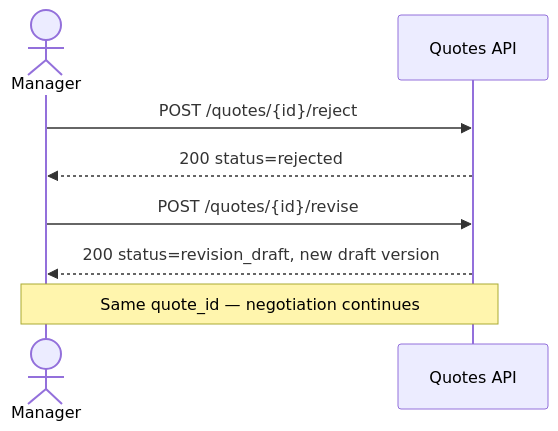
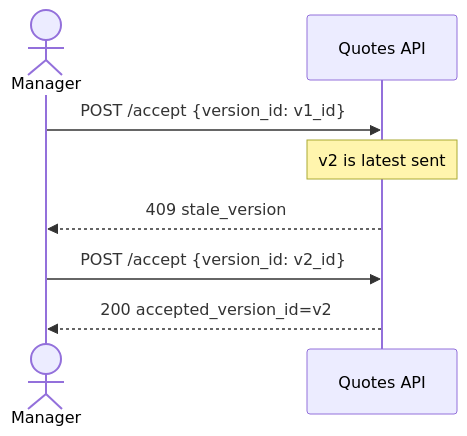
Before and after one commit to igortatarynovich/HostFlow: the second of 2 diagrams in docs/specs/workflows/stage-1b-quote-lifecycle-sequences.md, drawn with Mermaid. The commit also changed other lines of this file and 4 other files, not shown here.

First line of the commit message:
docs(stage-1b): revision 3 — latest-sent accept, version valid_until, timestamps.

````diff
--- a/docs/specs/workflows/stage-1b-quote-lifecycle-sequences.md
+++ b/docs/specs/workflows/stage-1b-quote-lifecycle-sequences.md
@@ -93,11 +26,12 @@
 ```mermaid
 sequenceDiagram
     actor M as Manager
     participant API as Quotes API
 
-    M->>API: POST /quotes/{id}/reject
-    API-->>M: 200 status=rejected
-    M->>API: POST /quotes/{id}/revise
-    API-->>M: 200 status=revision_draft, new draft version
-    Note over M,API: Same quote_id — negotiation continues
+    M->>API: POST /accept {version_id: v1_id}
+    Note over API: v2 is latest sent
+    API-->>M: 409 stale_version
+
+    M->>API: POST /accept {version_id: v2_id}
+    API-->>M: 200 accepted_version_id=v2
 ```
````
